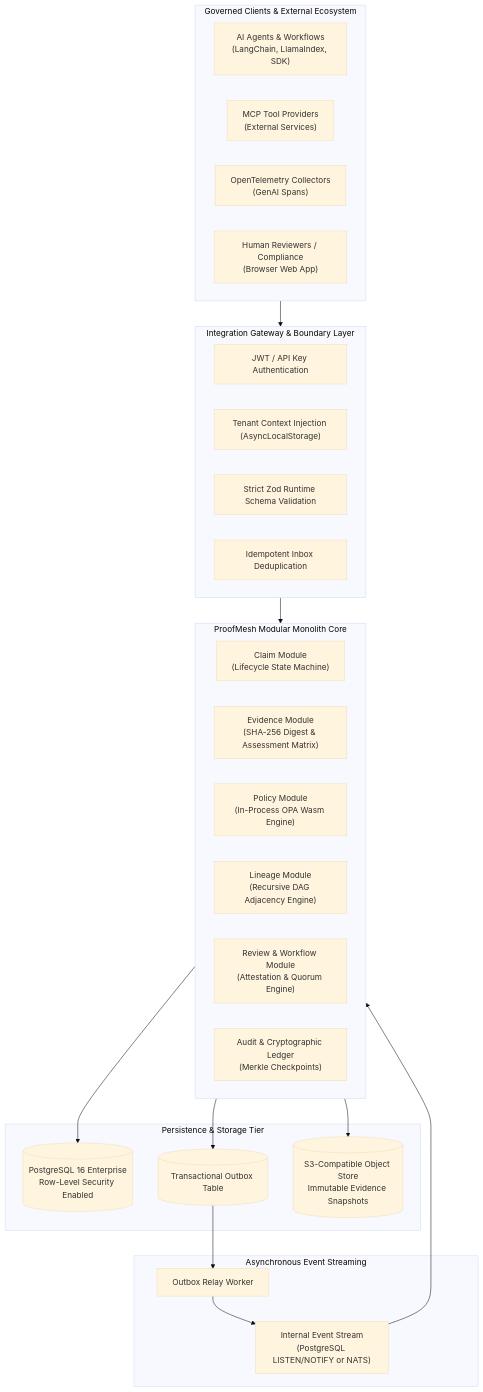
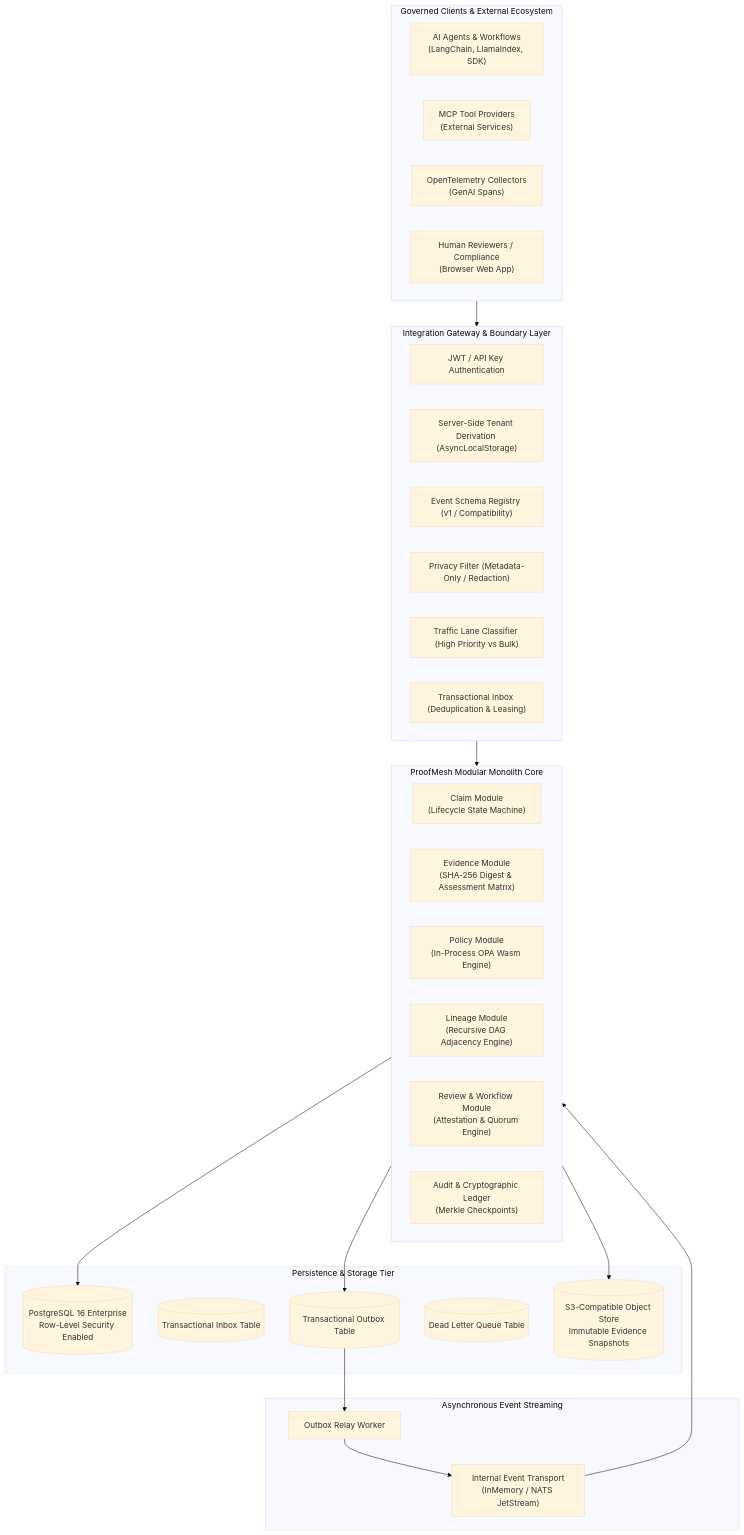
The first of 3 diagrams in docs/architecture/system-architecture.md (srsp1000/ProofMesh), drawn with Mermaid (base theme) before and after one commit. The commit also changed other lines of this file and 35 other files, not shown here.

````diff
--- a/docs/architecture/system-architecture.md
+++ b/docs/architecture/system-architecture.md
@@ -25,45 +27,50 @@
 ```mermaid
 flowchart TD
     subgraph Clients["Governed Clients & External Ecosystem"]
         Agents["AI Agents & Workflows<br/>(LangChain, LlamaIndex, SDK)"]
         Tools["MCP Tool Providers<br/>(External Services)"]
         Traces["OpenTelemetry Collectors<br/>(GenAI Spans)"]
         Reviewers["Human Reviewers / Compliance<br/>(Browser Web App)"]
     end
 
     subgraph Gateway["Integration Gateway & Boundary Layer"]
         Auth["JWT / API Key Authentication"]
-        TenantCtx["Tenant Context Injection (AsyncLocalStorage)"]
-        ZodVal["Strict Zod Runtime Schema Validation"]
-        Idemp["Idempotent Inbox Deduplication"]
+        TenantCtx["Server-Side Tenant Derivation (AsyncLocalStorage)"]
+        SchemaReg["Event Schema Registry (v1 / Compatibility)"]
+        PrivacyFilt["Privacy Filter (Metadata-Only / Redaction)"]
+        Lanes["Traffic Lane Classifier (High Priority vs Bulk)"]
+        InboxRepo["Transactional Inbox (Deduplication & Leasing)"]
     end
 
     subgraph CoreEngine["ProofMesh Modular Monolith Core"]
         ClaimMod["Claim Module<br/>(Lifecycle State Machine)"]
         EvidMod["Evidence Module<br/>(SHA-256 Digest & Assessment Matrix)"]
         PolMod["Policy Module<br/>(In-Process OPA Wasm Engine)"]
         LineageMod["Lineage Module<br/>(Recursive DAG Adjacency Engine)"]
         ReviewMod["Review & Workflow Module<br/>(Attestation & Quorum Engine)"]
         AuditMod["Audit & Cryptographic Ledger<br/>(Merkle Checkpoints)"]
     end
 
     subgraph StorageLayer["Persistence & Storage Tier"]
         DB[(PostgreSQL 16 Enterprise<br/>Row-Level Security Enabled)]
+        InboxTable[(Transactional Inbox Table)]
         OutboxTable[(Transactional Outbox Table)]
+        DLQTable[(Dead Letter Queue Table)]
         ObjStore[(S3-Compatible Object Store<br/>Immutable Evidence Snapshots)]
     end
 
     subgraph AsyncBus["Asynchronous Event Streaming"]
         OutboxRelay["Outbox Relay Worker"]
-        EventStream["Internal Event Stream<br/>(PostgreSQL LISTEN/NOTIFY or NATS)"]
+        EventStream["Internal Event Transport<br/>(InMemory / NATS JetStream)"]
     end
+
 
     Clients --> Gateway
     Gateway --> CoreEngine
     CoreEngine --> DB
     CoreEngine --> ObjStore
     CoreEngine --> OutboxTable
     OutboxTable --> OutboxRelay
     OutboxRelay --> EventStream
     EventStream --> CoreEngine
 ```
````
